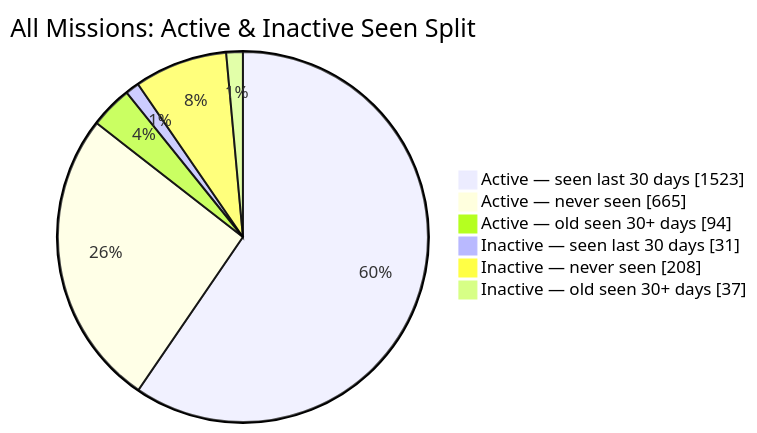
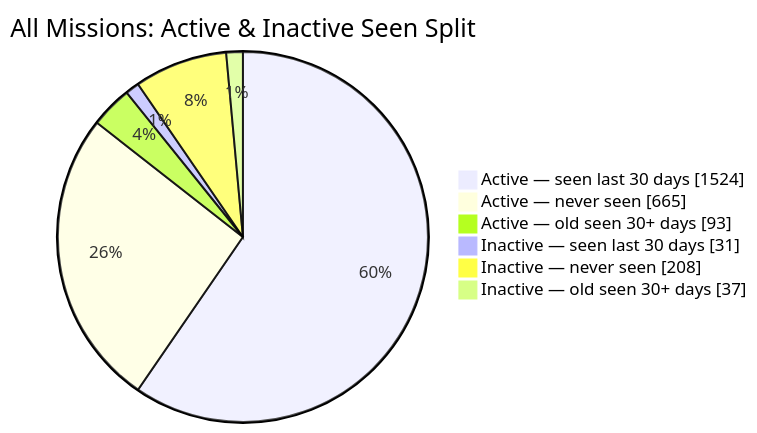
Before and after one commit to MeldkamerspelGameTeam/active-missions: the second of 2 diagrams in README.md, drawn with Mermaid. The commit also changed other lines of this file and 2 other files, not shown here.

````diff
--- a/README.md
+++ b/README.md
@@ -44,10 +44,10 @@
 ```mermaid
 pie showData
     title All Missions: Active & Inactive Seen Split
-    "Active — seen last 30 days" : 1523
+    "Active — seen last 30 days" : 1524
     "Active — never seen" : 665
-    "Active — old seen 30+ days" : 94
+    "Active — old seen 30+ days" : 93
     "Inactive — seen last 30 days" : 31
     "Inactive — never seen" : 208
     "Inactive — old seen 30+ days" : 37
 ```
````
